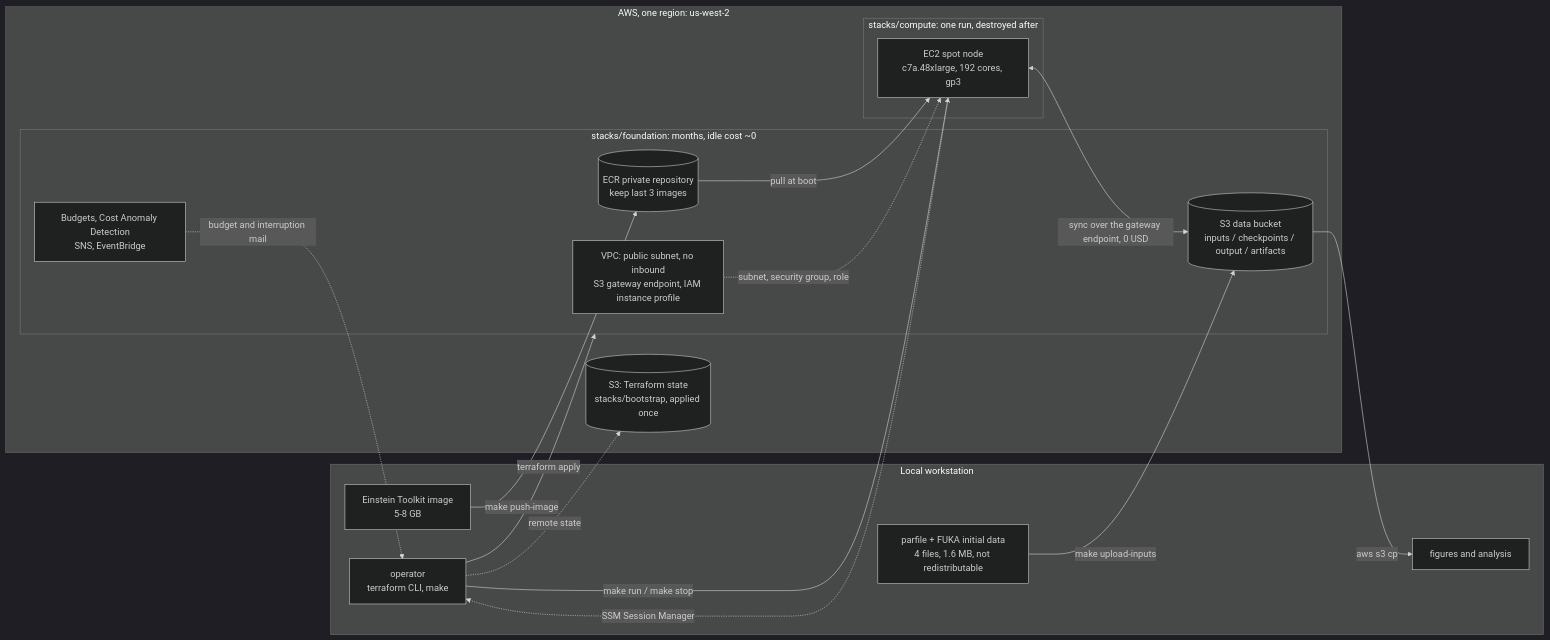
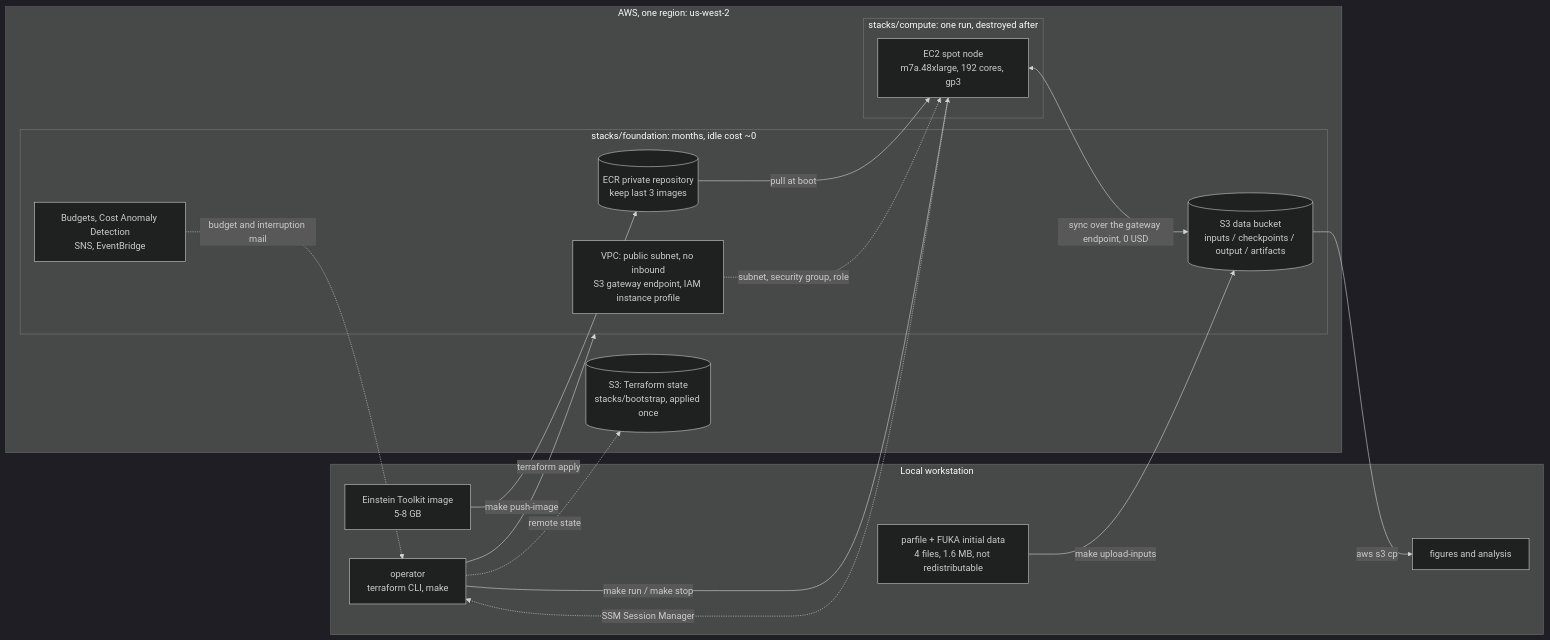
Before and after one commit to s-sasaki-earthsea-wizard/gw230529-einstein-toolkit-aws-tf: the first of 2 diagrams in README.md, drawn with Mermaid (dark theme). The commit also changed other lines of this file and 8 other files, not shown here.

````diff
--- a/README.md
+++ b/README.md
@@ -11,36 +11,36 @@
 ```mermaid
 flowchart LR
   subgraph WS["Local workstation"]
     OP["operator<br/>terraform CLI, make"]
     IMG["Einstein Toolkit image<br/>5-8 GB"]
     UP["parfile + FUKA initial data<br/>4 files, 1.6 MB, not redistributable"]
     RES["figures and analysis"]
   end
 
   subgraph AWS["AWS, one region: us-west-2"]
     STATE[("S3: Terraform state<br/>stacks/bootstrap, applied once")]
 
     subgraph FOUND["stacks/foundation: months, idle cost ~0"]
       ECR[("ECR private repository<br/>keep last 3 images")]
       DATA[("S3 data bucket<br/>inputs / checkpoints / output / artifacts")]
       NET["VPC: public subnet, no inbound<br/>S3 gateway endpoint, IAM instance profile"]
       GUARD["Budgets, Cost Anomaly Detection<br/>SNS, EventBridge"]
     end
 
     subgraph COMP["stacks/compute: one run, destroyed after"]
-      NODE["EC2 spot node<br/>c7a.48xlarge, 192 cores, gp3"]
+      NODE["EC2 spot node<br/>m7a.48xlarge, 192 cores, gp3"]
     end
   end
 
   IMG -->|make push-image| ECR
   UP -->|make upload-inputs| DATA
   OP -->|terraform apply| FOUND
   OP -->|make run / make stop| NODE
   OP -.->|remote state| STATE
   ECR -->|pull at boot| NODE
   NODE <-->|sync over the gateway endpoint, 0 USD| DATA
   NET -.->|subnet, security group, role| NODE
   NODE -.->|SSM Session Manager| OP
   GUARD -.->|budget and interruption mail| OP
   DATA -->|aws s3 cp| RES
 ```
````
